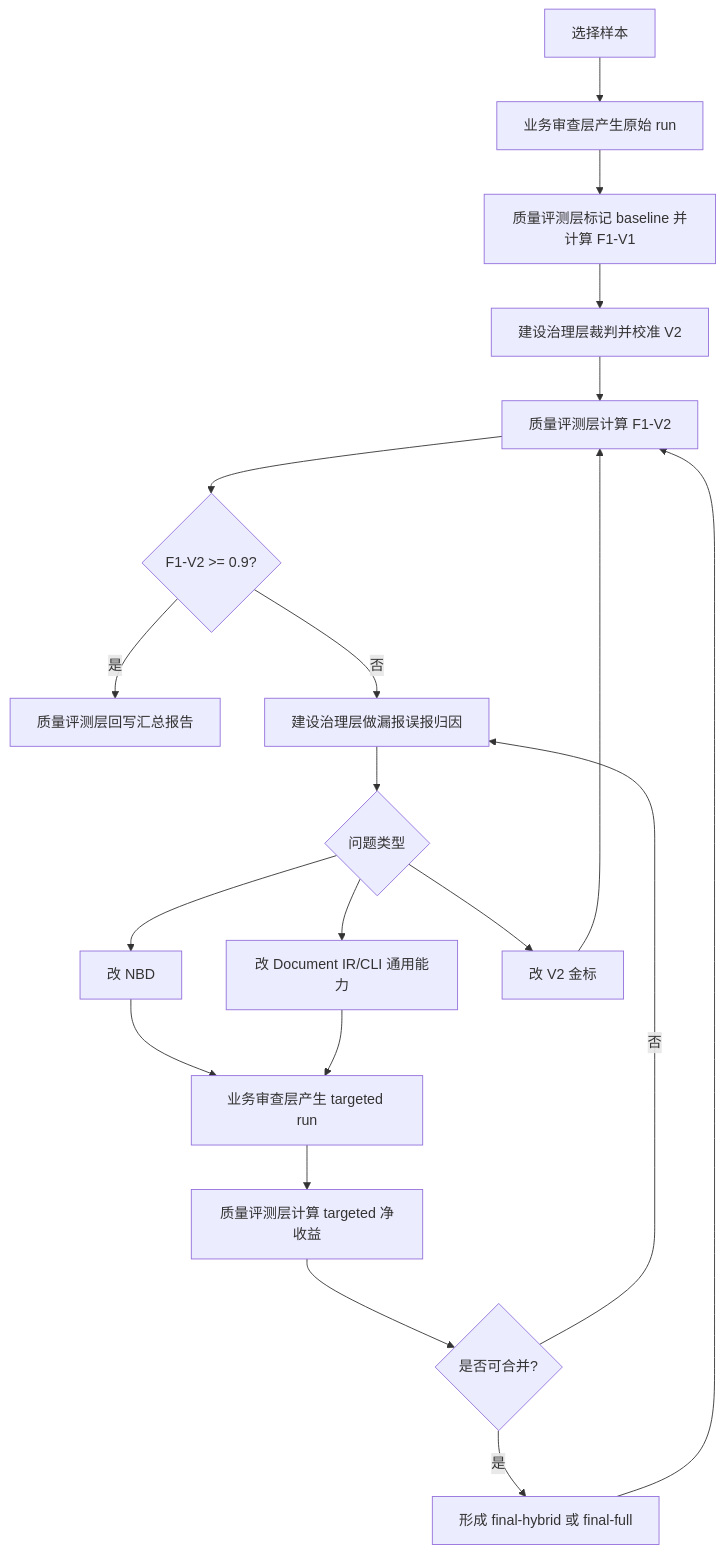
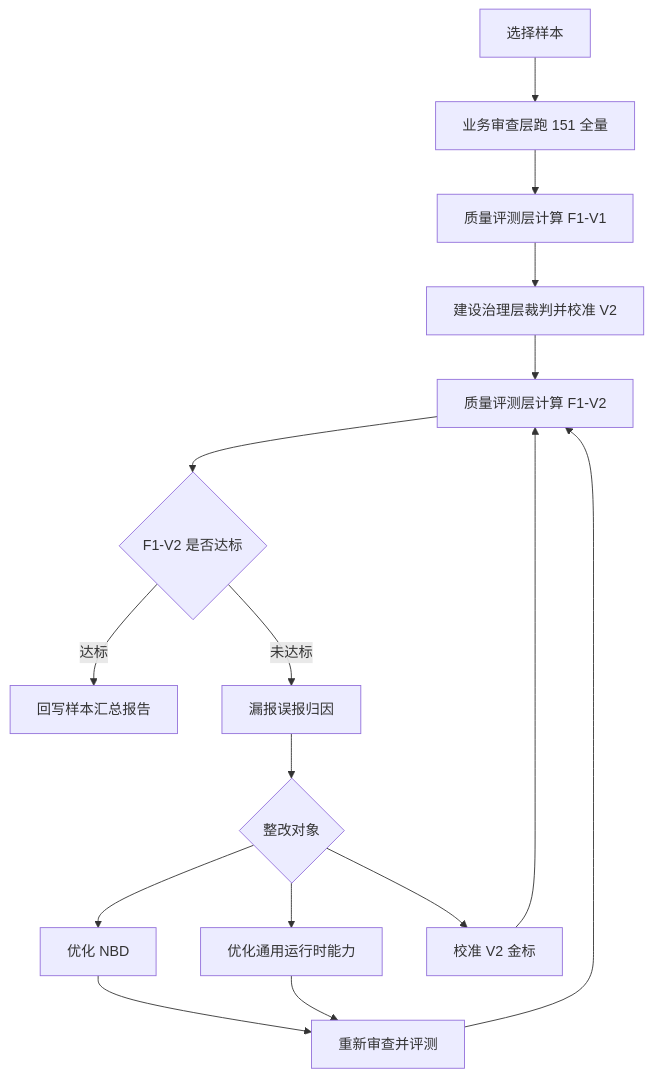
Before and after one commit to zeranlin/compliance-wiki: the third of 3 diagrams in wiki/bd-review-points/NBD可迭代质量工程体系方案.md, drawn with Mermaid. The commit also changed other lines of this file and 5 other files, not shown here.

Commit message:
docs: add NBD methodology and gold calibration diagrams

````diff
--- a/wiki/bd-review-points/NBD可迭代质量工程体系方案.md
+++ b/wiki/bd-review-points/NBD可迭代质量工程体系方案.md
@@ -250,22 +211,18 @@
 ```mermaid
 flowchart TD
-  A["选择样本"] --> B["业务审查层产生原始 run"]
-  B --> C["质量评测层标记 baseline 并计算 F1-V1"]
+  A["选择样本"] --> B["业务审查层跑 151 全量"]
+  B --> C["质量评测层计算 F1-V1"]
   C --> D["建设治理层裁判并校准 V2"]
   D --> E["质量评测层计算 F1-V2"]
-  E --> F{"F1-V2 >= 0.9?"}
-  F -- "是" --> G["质量评测层回写汇总报告"]
-  F -- "否" --> H["建设治理层做漏报误报归因"]
-  H --> I{"问题类型"}
-  I --> J["改 NBD"]
-  I --> K["改 Document IR/CLI 通用能力"]
-  I --> L["改 V2 金标"]
-  J --> M["业务审查层产生 targeted run"]
+  E --> F{"F1-V2 是否达标"}
+  F -- "达标" --> G["回写样本汇总报告"]
+  F -- "未达标" --> H["漏报误报归因"]
+  H --> I{"整改对象"}
+  I --> J["优化 NBD"]
+  I --> K["优化通用运行时能力"]
+  I --> L["校准 V2 金标"]
+  J --> M["重新审查并评测"]
   K --> M
-  M --> N["质量评测层计算 targeted 净收益"]
-  N --> O{"是否可合并?"}
-  O -- "是" --> P["形成 final-hybrid 或 final-full"]
-  O -- "否" --> H
-  P --> E
   L --> E
+  M --> E
 ```
````
